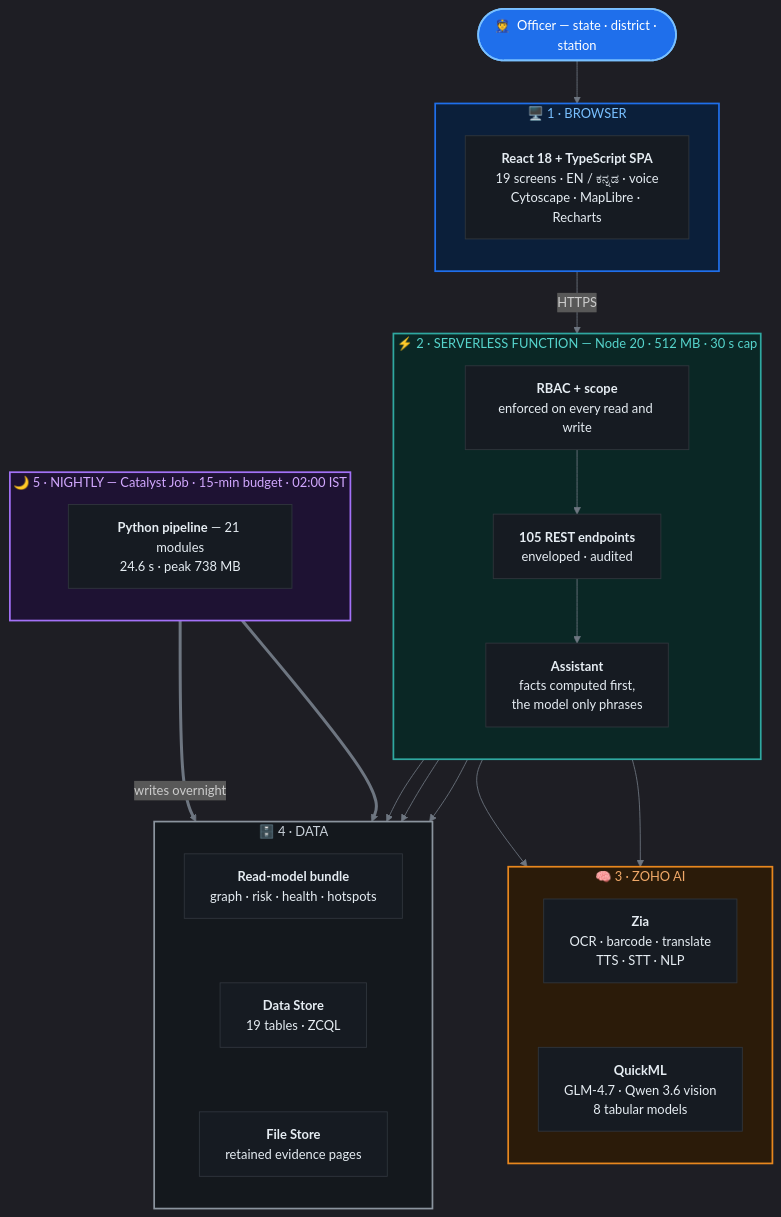
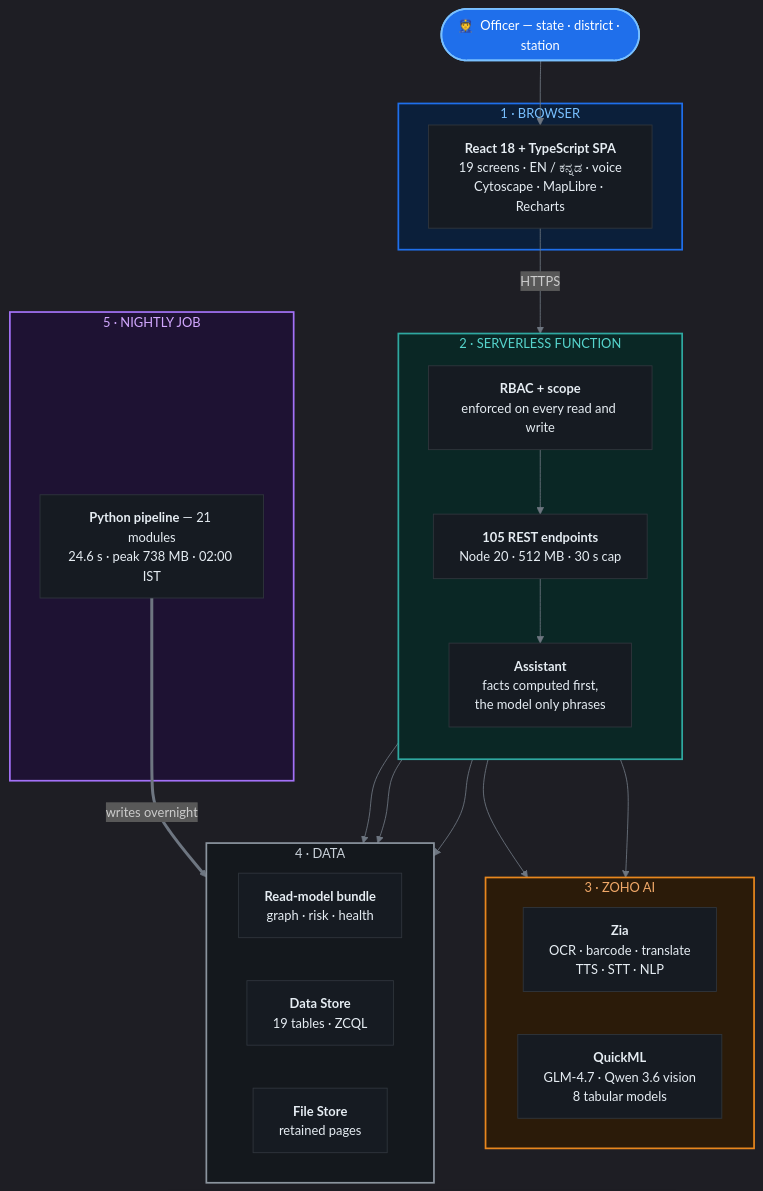
One commit to adarshcod30/Kadi changed the first of 6 diagrams in README.md. Above: the diagram before and after it, drawn with Mermaid. The commit also changed other lines of this file, not shown here.

Commit message:
Stop the diagram labels being cut off
Every subgraph title was losing its last character or two - SERVERLESS
FUNCTION rendered as SERVERLESS FUNCTIC, ZOHO AI as ZOHO A, BROWSER as
BROWSEI - both locally and on GitHub.

The cause was the fontFamily I set in the init directive. Mermaid measures
a label with the font NAMED there and draws it with whatever the renderer
actually resolved, so naming a font the renderer does not have makes every
title come out short. Removing it fixes all of them, and the default face
is cleaner than the serif that was falling back anyway.

Confirmed by rendering each diagram to PNG locally and looking at it rather
than trusting that it parsed. Also fixed the architecture layout while
there: the data and AI tiers now lay out horizontally instead of stacking
into a sparse column, and the pipeline is grouped into its four real
stages - RESOLVE, CONNECT, SCORE, PREDICT.

````diff
--- a/README.md
+++ b/README.md
@@ -242,60 +242,54 @@
 ```mermaid
-%%{init: {'theme':'dark','themeVariables':{'fontSize':'15px','fontFamily':'ui-sans-serif, system-ui, sans-serif','lineColor':'#6e7681','primaryTextColor':'#e6edf3','tertiaryColor':'#161b22'}}}%%
+%%{init: {'theme':'dark','themeVariables':{'fontSize':'15px','lineColor':'#6e7681','primaryTextColor':'#e6edf3'}}}%%
 flowchart TB
     O(["👮  Officer — state · district · station"])
 
-    subgraph L1["🖥️  1 · BROWSER"]
-        direction TB
+    subgraph L1["1 · BROWSER"]
         SPA["<b>React 18 + TypeScript SPA</b><br/>19 screens · EN / ಕನ್ನಡ · voice<br/>Cytoscape · MapLibre · Recharts"]
     end
 
-    subgraph L2["⚡  2 · SERVERLESS FUNCTION — Node 20 · 512 MB · 30 s cap"]
+    subgraph L2["2 · SERVERLESS FUNCTION"]
         direction TB
         RBAC["<b>RBAC + scope</b><br/>enforced on every read and write"]
-        REST["<b>105 REST endpoints</b><br/>enveloped · audited"]
+        REST["<b>105 REST endpoints</b><br/>Node 20 · 512 MB · 30 s cap"]
         ASST["<b>Assistant</b><br/>facts computed first,<br/>the model only phrases"]
         RBAC --> REST --> ASST
     end
 
-    subgraph L3["🧠  3 · ZOHO AI"]
-        direction TB
+    subgraph L3["3 · ZOHO AI"]
+        direction LR
         ZIA["<b>Zia</b><br/>OCR · barcode · translate<br/>TTS · STT · NLP"]
         QML["<b>QuickML</b><br/>GLM-4.7 · Qwen 3.6 vision<br/>8 tabular models"]
-        ZIA ~~~ QML
     end
 
-    subgraph L4["🗄️  4 · DATA"]
-        direction TB
-        RM["<b>Read-model bundle</b><br/>graph · risk · health · hotspots"]
+    subgraph L4["4 · DATA"]
+        direction LR
+        RM["<b>Read-model bundle</b><br/>graph · risk · health"]
         DS["<b>Data Store</b><br/>19 tables · ZCQL"]
-        FS["<b>File Store</b><br/>retained evidence pages"]
-        RM ~~~ DS ~~~ FS
+        FS["<b>File Store</b><br/>retained pages"]
     end
 
-    subgraph L5["🌙  5 · NIGHTLY — Catalyst Job · 15-min budget · 02:00 IST"]
-        direction TB
-        JOB["<b>Python pipeline</b> — 21 modules<br/>24.6 s · peak 738 MB"]
+    subgraph L5["5 · NIGHTLY JOB"]
+        JOB["<b>Python pipeline</b> — 21 modules<br/>24.6 s · peak 738 MB · 02:00 IST"]
     end
 
     O --> SPA
     SPA -->|HTTPS| RBAC
-    REST --> ZIA
+    ASST --> ZIA
     ASST --> QML
     REST --> RM
     REST --> DS
     REST --> FS
     JOB ==>|writes overnight| RM
-    JOB ==> DS
 
     classDef box   fill:#161b22,stroke:#30363d,stroke-width:1px,color:#e6edf3
     classDef actor fill:#1f6feb,stroke:#79c0ff,stroke-width:2px,color:#ffffff
-
     class SPA,RBAC,REST,ASST,ZIA,QML,RM,DS,FS,JOB box
     class O actor
 
     style L1 fill:#0b1f3a,stroke:#1f6feb,stroke-width:2px,color:#79c0ff
     style L2 fill:#0a2725,stroke:#2FA8A0,stroke-width:2px,color:#56d4cc
     style L3 fill:#2b1b09,stroke:#E8871E,stroke-width:2px,color:#f0a868
     style L4 fill:#14181d,stroke:#8b949e,stroke-width:2px,color:#c9d1d9
     style L5 fill:#1e1233,stroke:#a371f7,stroke-width:2px,color:#d2a8ff
 ```
````
